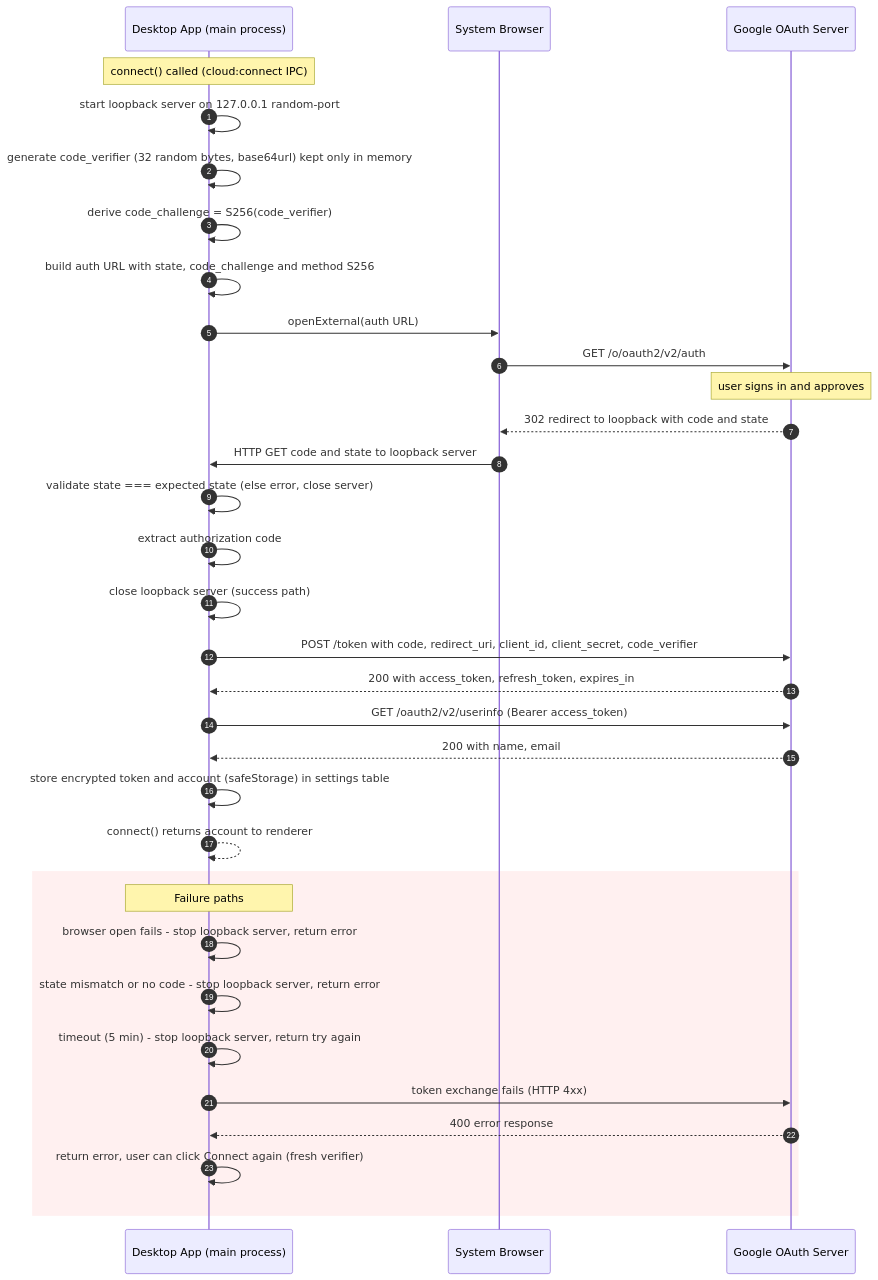
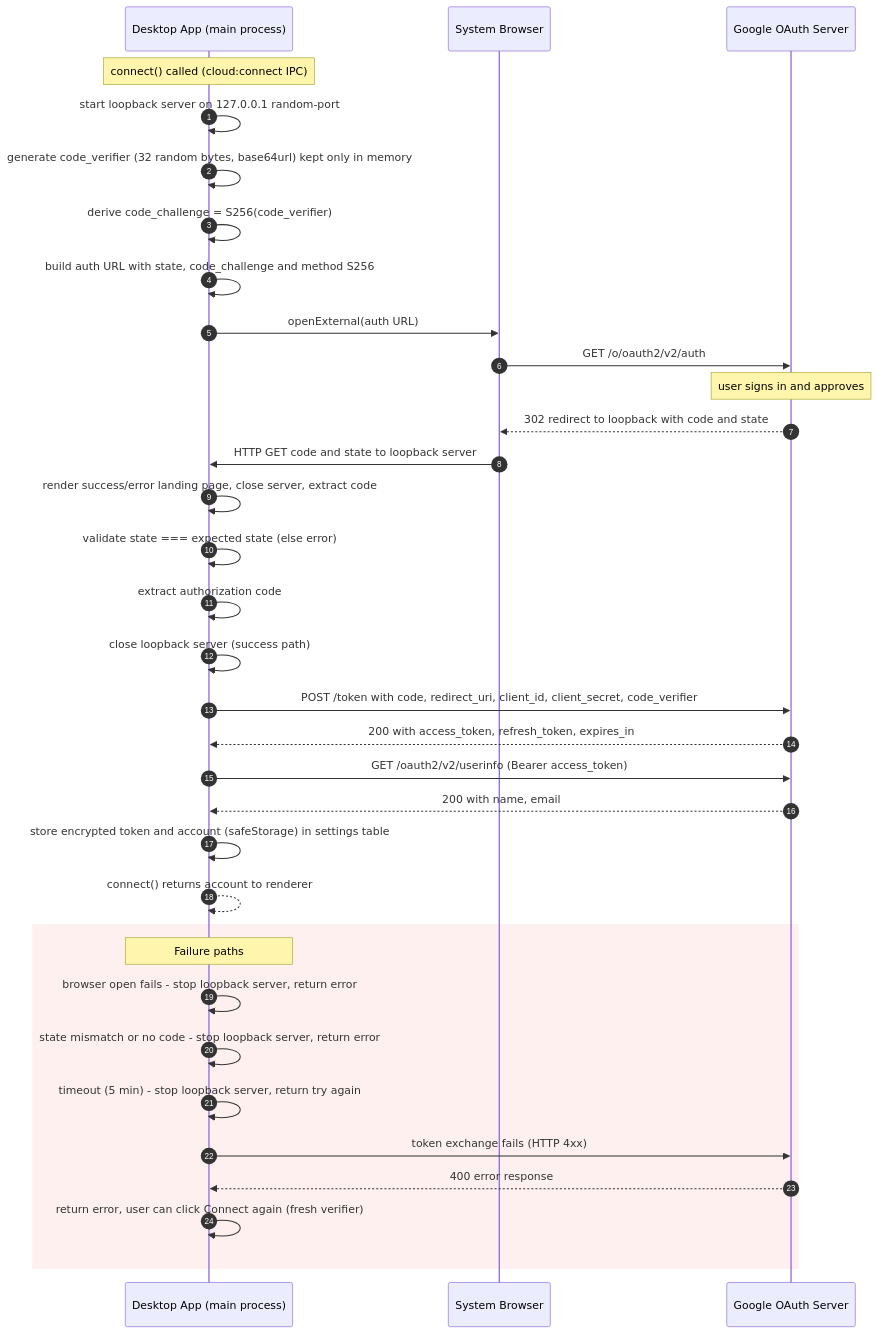
Before and after one commit to vihao1802/taking-book-desktop-app: the first of 2 diagrams in docs/oauth-pkce-sequence.md, drawn with Mermaid. The commit also changed other lines of this file and 16 other files, not shown here.

First line of the commit message:
Polish Google Drive connect flow and wire new app icons

````diff
--- a/docs/oauth-pkce-sequence.md
+++ b/docs/oauth-pkce-sequence.md
@@ -9,42 +11,43 @@
 ```mermaid
 sequenceDiagram
     autonumber
     participant App as Desktop App (main process)
     participant Browser as System Browser
     participant Google as Google OAuth Server
 
     Note over App: connect() called (cloud:connect IPC)
 
     App->>App: start loopback server on 127.0.0.1 random-port
     App->>App: generate code_verifier (32 random bytes, base64url) kept only in memory
     App->>App: derive code_challenge = S256(code_verifier)
     App->>App: build auth URL with state, code_challenge and method S256
 
     App->>Browser: openExternal(auth URL)
     Browser->>Google: GET /o/oauth2/v2/auth
     Note over Google: user signs in and approves
     Google-->>Browser: 302 redirect to loopback with code and state
 
     Browser->>App: HTTP GET code and state to loopback server
-    App->>App: validate state === expected state (else error, close server)
+    App->>App: render success/error landing page, close server, extract code
+    App->>App: validate state === expected state (else error)
     App->>App: extract authorization code
     App->>App: close loopback server (success path)
 
     App->>Google: POST /token with code, redirect_uri, client_id, client_secret, code_verifier
     Google-->>App: 200 with access_token, refresh_token, expires_in
 
     App->>Google: GET /oauth2/v2/userinfo (Bearer access_token)
     Google-->>App: 200 with name, email
     App->>App: store encrypted token and account (safeStorage) in settings table
     App-->>App: connect() returns account to renderer
 
     rect rgb(255, 240, 240)
         Note over App: Failure paths
         App->>App: browser open fails - stop loopback server, return error
         App->>App: state mismatch or no code - stop loopback server, return error
         App->>App: timeout (5 min) - stop loopback server, return try again
         App->>Google: token exchange fails (HTTP 4xx)
         Google-->>App: 400 error response
         App->>App: return error, user can click Connect again (fresh verifier)
     end
 ```
````
